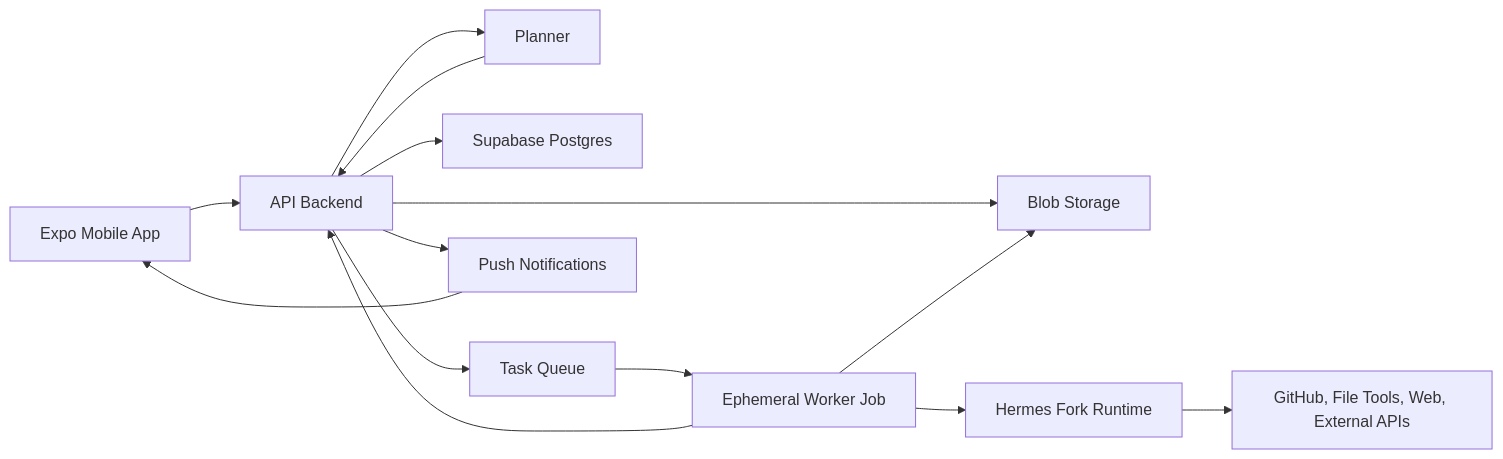
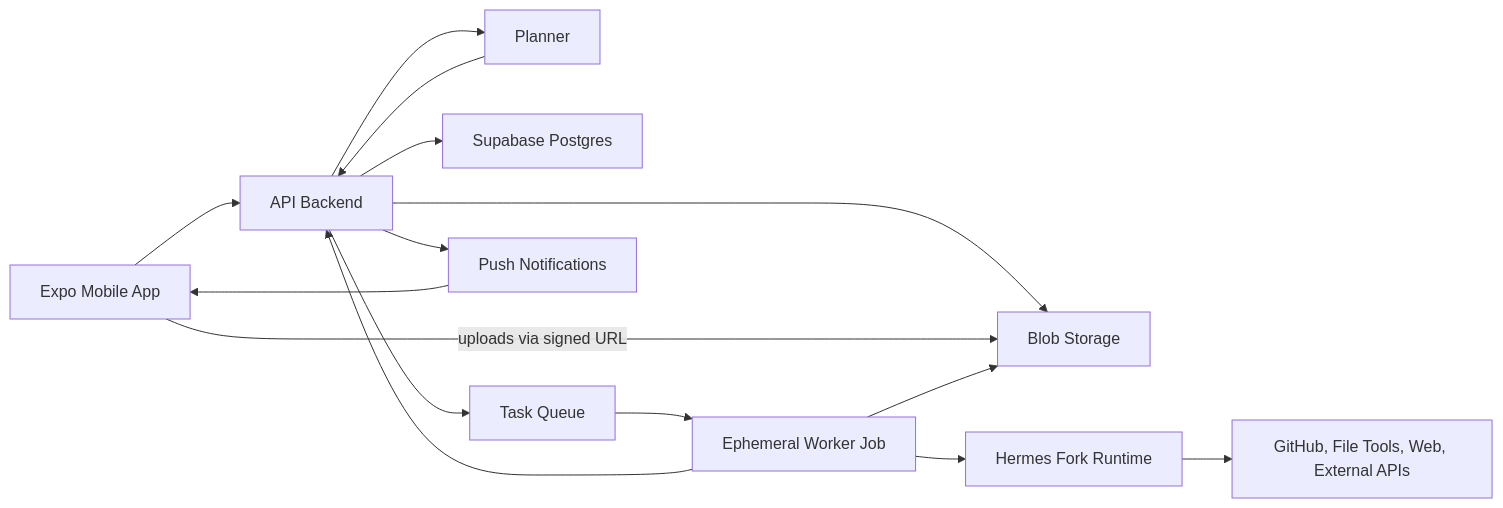
One commit to divyamagrawal06/raincloud changed the first of 2 diagrams in docs/architecture/runtime.md. Above: the diagram before and after it, drawn with Mermaid. The commit also changed other lines of this file, not shown here.

````diff
--- a/docs/architecture/runtime.md
+++ b/docs/architecture/runtime.md
@@ -23,27 +23,28 @@
 ```mermaid
 flowchart LR
   Mobile["Expo Mobile App"]
   API["API Backend"]
   Planner["Planner"]
   Store["Supabase Postgres"]
   Files["Blob Storage"]
   Queue["Task Queue"]
   Worker["Ephemeral Worker Job"]
   Runtime["Hermes Fork Runtime"]
   External["GitHub, File Tools, Web, External APIs"]
   Push["Push Notifications"]
 
   Mobile --> API
   API --> Planner
   Planner --> API
   API --> Store
   API --> Files
   API --> Queue
   Queue --> Worker
   Worker --> Runtime
   Runtime --> External
+  Mobile -->|"uploads via signed URL"| Files
   Worker --> Files
   Worker --> API
   API --> Push
   Push --> Mobile
 ```
````
